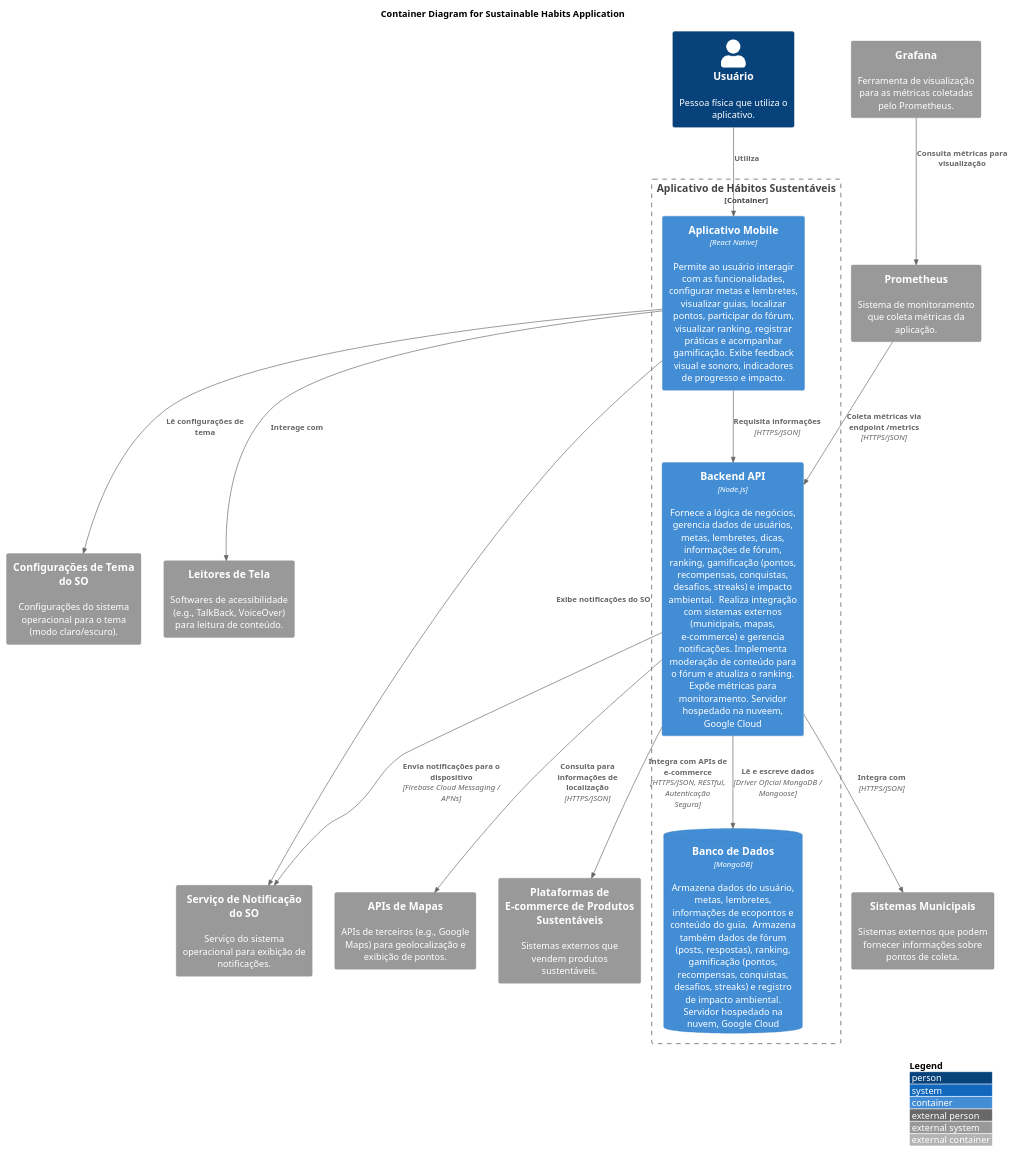
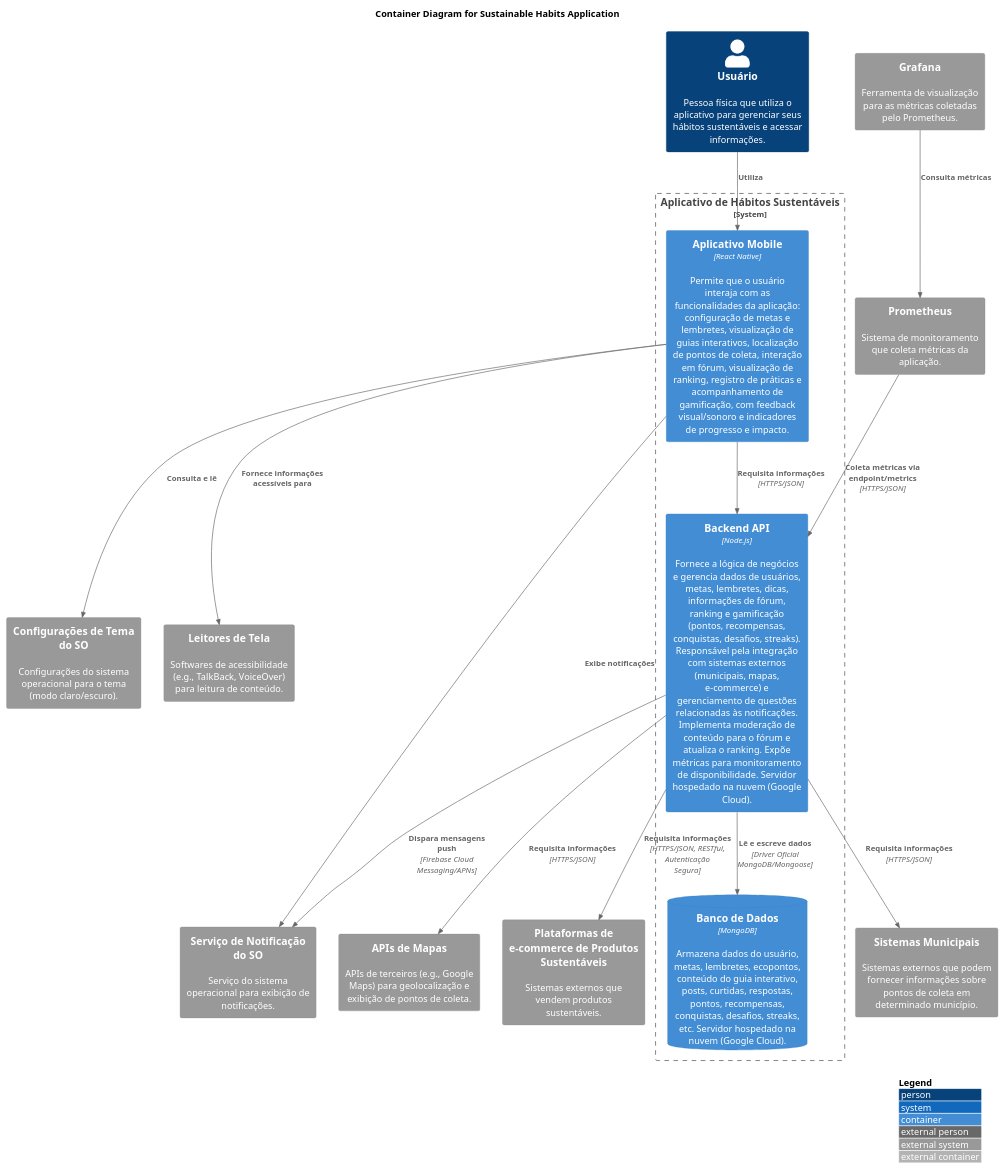
One commit to gilmarUFG/as_es_20251_g9 changed the diagram in trabalho_final/diagramas/codigo/4C_diagrama_container.puml. Above: the diagram before and after it, drawn with PlantUML. The commit also changed 5 other files, not shown here.

```diff
--- a/trabalho_final/diagramas/codigo/4C_diagrama_container.puml
+++ b/trabalho_final/diagramas/codigo/4C_diagrama_container.puml
@@ -1,43 +1,42 @@
-@startuml
+@startuml container
+
 !include https://raw.githubusercontent.com/plantuml-stdlib/C4-PlantUML/master/C4_Container.puml
 
 LAYOUT_WITH_LEGEND()
 
 title Container Diagram for Sustainable Habits Application
 
-Person(user, "Usuário", "Pessoa física que utiliza o aplicativo.")
+Person(user, "Usuário", "Pessoa física que utiliza o aplicativo para gerenciar seus hábitos sustentáveis e acessar informações.")
 
-System_Ext(municipal_systems, "Sistemas Municipais", "Sistemas externos que podem fornecer informações sobre pontos de coleta.")
-System_Ext(map_apis, "APIs de Mapas", "APIs de terceiros (e.g., Google Maps) para geolocalização e exibição de pontos.")
+System_Ext(municipal_systems, "Sistemas Municipais", "Sistemas externos que podem fornecer informações sobre pontos de coleta em determinado município.")
+System_Ext(map_apis, "APIs de Mapas", "APIs de terceiros (e.g., Google Maps) para geolocalização e exibição de pontos de coleta.")
 System_Ext(os_notification_service, "Serviço de Notificação do SO", "Serviço do sistema operacional para exibição de notificações.")
 System_Ext(os_theme_settings, "Configurações de Tema do SO", "Configurações do sistema operacional para o tema (modo claro/escuro).")
 System_Ext(screen_readers, "Leitores de Tela", "Softwares de acessibilidade (e.g., TalkBack, VoiceOver) para leitura de conteúdo.")
 System_Ext(prometheus, "Prometheus", "Sistema de monitoramento que coleta métricas da aplicação.")
 System_Ext(grafana, "Grafana", "Ferramenta de visualização para as métricas coletadas pelo Prometheus.")
-System_Ext(ecommerce_platforms, "Plataformas de E-commerce de Produtos Sustentáveis", "Sistemas externos que vendem produtos sustentáveis.")
+System_Ext(ecommerce_platforms, "Plataformas de e-commerce de Produtos Sustentáveis", "Sistemas externos que vendem produtos sustentáveis.")
 
 
-Container_Boundary(c1, "Aplicativo de Hábitos Sustentáveis") {
-    Container(mobile_app, "Aplicativo Mobile", "React Native", "Permite ao usuário interagir com as funcionalidades, configurar metas e lembretes, visualizar guias, localizar pontos, participar do fórum, visualizar ranking, registrar práticas e acompanhar gamificação. Exibe feedback visual e sonoro, indicadores de progresso e impacto.")
-    
-    Container(backend_api, "Backend API", "Node.js", "Fornece a lógica de negócios, gerencia dados de usuários, metas, lembretes, dicas, informações de fórum, ranking, gamificação (pontos, recompensas, conquistas, desafios, streaks) e impacto ambiental.  Realiza integração com sistemas externos (municipais, mapas, e-commerce) e gerencia notificações. Implementa moderação de conteúdo para o fórum e atualiza o ranking. Expõe métricas para monitoramento. Servidor hospedado na nuveem, Google Cloud")
-    
-    ContainerDb(database, "Banco de Dados", "MongoDB", "Armazena dados do usuário, metas, lembretes, informações de ecopontos e conteúdo do guia.  Armazena também dados de fórum (posts, respostas), ranking, gamificação (pontos, recompensas, conquistas, desafios, streaks) e registro de impacto ambiental. Servidor hospedado na nuvem, Google Cloud")
+System_Boundary(app, "Aplicativo de Hábitos Sustentáveis") {
+    Container(mobile_app, "Aplicativo Mobile", "React Native", "Permite que o usuário interaja com as funcionalidades da aplicação: configuração de metas e lembretes, visualização de guias interativos, localização de pontos de coleta, interação em fórum, visualização de ranking, registro de práticas e acompanhamento de gamificação, com feedback visual/sonoro e indicadores de progresso e impacto.")
+    Container(backend_api, "Backend API", "Node.js", "Fornece a lógica de negócios e gerencia dados de usuários, metas, lembretes, dicas, informações de fórum, ranking e gamificação (pontos, recompensas, conquistas, desafios, streaks). Responsável pela integração com sistemas externos (municipais, mapas, e-commerce) e gerenciamento de questões relacionadas às notificações. Implementa moderação de conteúdo para o fórum e atualiza o ranking. Expõe métricas para monitoramento de disponibilidade. Servidor hospedado na nuvem (Google Cloud).")
+    ContainerDb(database, "Banco de Dados", "MongoDB", "Armazena dados do usuário, metas, lembretes, ecopontos, conteúdo do guia interativo, posts, curtidas, respostas, pontos, recompensas, conquistas, desafios, streaks, etc. Servidor hospedado na nuvem (Google Cloud).")
 }
 
 Rel(user, mobile_app, "Utiliza")
 Rel(mobile_app, backend_api, "Requisita informações", "HTTPS/JSON")
-Rel(backend_api, database, "Lê e escreve dados", "Driver Oficial MongoDB / Mongoose")
-Rel(backend_api, municipal_systems, "Integra com", "HTTPS/JSON")
-Rel(backend_api, map_apis, "Consulta para informações de localização", "HTTPS/JSON")
-Rel(backend_api, os_notification_service, "Envia notificações para o dispositivo", "Firebase Cloud Messaging / APNs")
-Rel(backend_api, ecommerce_platforms, "Integra com APIs de e-commerce", "HTTPS/JSON, RESTful, Autenticação Segura")
+Rel(backend_api, database, "Lê e escreve dados", "Driver Oficial MongoDB/Mongoose")
+Rel(backend_api, municipal_systems, "Requisita informações", "HTTPS/JSON")
+Rel(backend_api, map_apis, "Requisita informações", "HTTPS/JSON")
+Rel(backend_api, os_notification_service, "Dispara mensagens push", "Firebase Cloud Messaging/APNs")
+Rel(backend_api, ecommerce_platforms, "Requisita informações", "HTTPS/JSON, RESTful, Autenticação Segura")
 
-Rel(mobile_app, os_notification_service, "Exibe notificações do SO")
-Rel(mobile_app, os_theme_settings, "Lê configurações de tema")
-Rel(mobile_app, screen_readers, "Interage com")
+Rel(mobile_app, os_notification_service, "Exibe notificações")
+Rel(mobile_app, os_theme_settings, "Consulta e lê")
+Rel(mobile_app, screen_readers, "Fornece informações acessíveis para")
 
-Rel(prometheus, backend_api, "Coleta métricas via endpoint /metrics", "HTTPS/JSON")
-Rel(grafana, prometheus, "Consulta métricas para visualização")
+Rel(prometheus, backend_api, "Coleta métricas via endpoint/metrics", "HTTPS/JSON")
+Rel(grafana, prometheus, "Consulta métricas")
 
 @enduml
```
